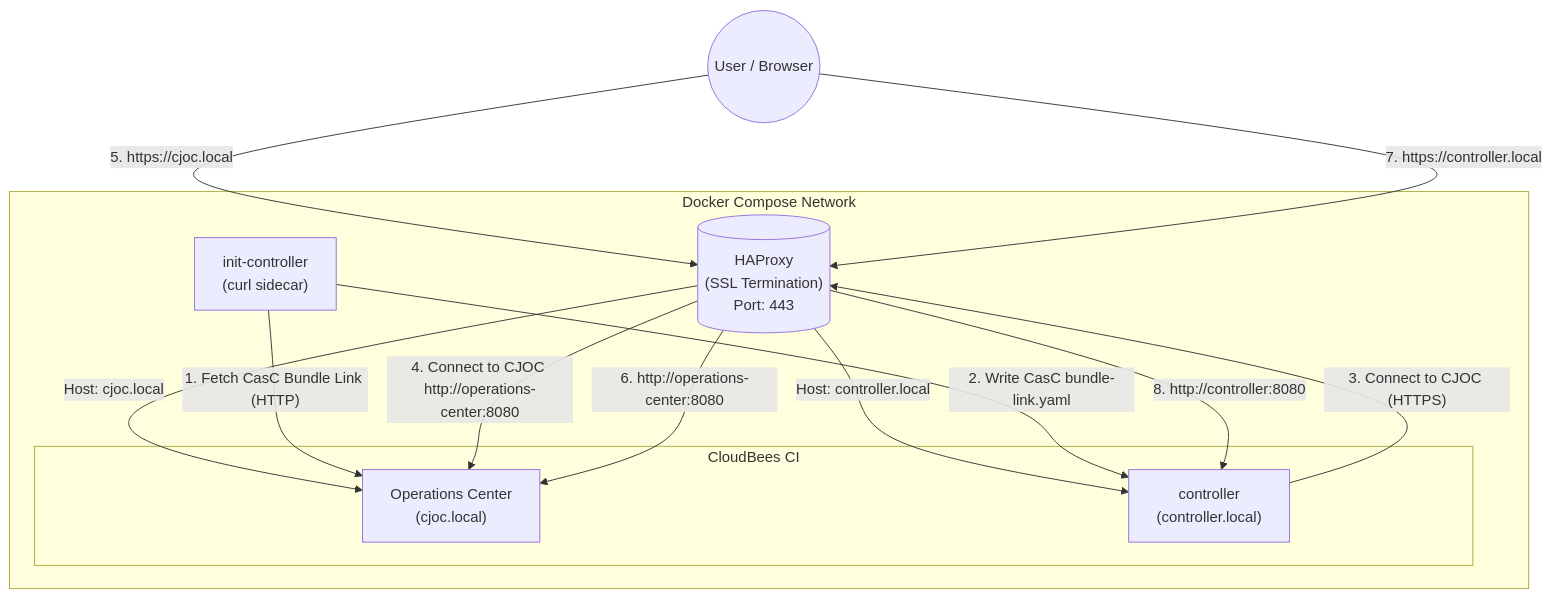
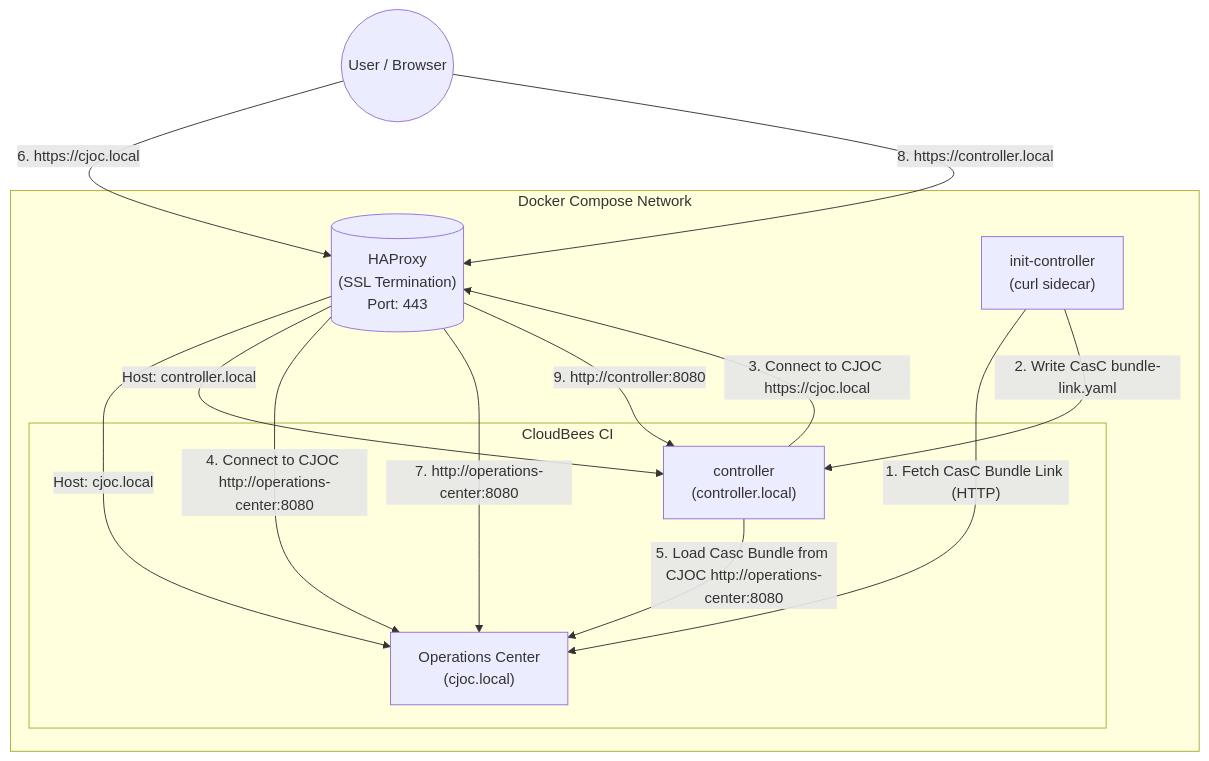
Before and after one commit to cb-ci/ci-traditional: the diagram in README.md, drawn with Mermaid.

````diff
--- a/README.md
+++ b/README.md
@@ -12,29 +12,30 @@
 ```mermaid
 graph TD
     User((User / Browser))
     subgraph "Docker Compose Network"
         HAProxy[("HAProxy
         (SSL Termination)
         Port: 443")]
         
         subgraph "CloudBees CI"
             CJOC["Operations Center
             (cjoc.local)"]
             Controller["controller
             (controller.local)"]
         end
         
         Init["init-controller
         (curl sidecar)"]
        
         HAProxy -->|Host: cjoc.local| CJOC
         HAProxy -->|Host: controller.local| Controller
     end    
     
     Init -- "1. Fetch CasC Bundle Link (HTTP)" --> CJOC
     Init -- "2. Write CasC bundle-link.yaml" --> Controller
-    Controller -- "3. Connect to CJOC (HTTPS)" --> HAProxy -- "4. Connect to CJOC http://operations-center:8080" --> CJOC
-    
-    User -- "5. https://cjoc.local" --> HAProxy -- "6. http://operations-center:8080" --> CJOC
-    User -- "7. https://controller.local" --> HAProxy -- "8. http://controller:8080" --> Controller
+    Controller -- "3. Connect to CJOC https://cjoc.local" --> HAProxy -- "4. Connect to CJOC http://operations-center:8080" --> CJOC
+    Controller -- "5. Load Casc Bundle from CJOC http://operations-center:8080" --> CJOC
+
+    User -- "6. https://cjoc.local" --> HAProxy -- "7. http://operations-center:8080" --> CJOC
+    User -- "8. https://controller.local" --> HAProxy -- "9. http://controller:8080" --> Controller
 ```
````
